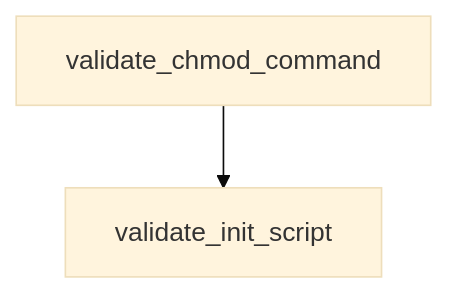
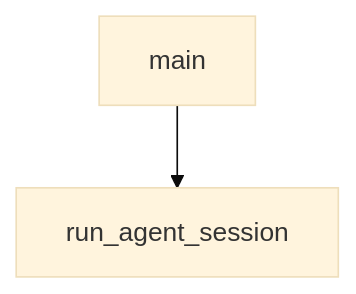
One commit to johnxie/awesome-code-docs changed the diagram in tutorials/claude-quickstarts-tutorial/05-autonomous-coding-agents.md. Above: the diagram before and after it, drawn with Mermaid (base theme). The commit also changed other lines of this file and 1232 other files, not shown here.

````diff
--- a/tutorials/claude-quickstarts-tutorial/05-autonomous-coding-agents.md
+++ b/tutorials/claude-quickstarts-tutorial/05-autonomous-coding-agents.md
@@ -203,6 +201,6 @@
 ```mermaid
 flowchart TD
-    A[validate_chmod_command]
-    B[validate_init_script]
+    A[main]
+    B[run_agent_session]
     A --> B
 ```
````
